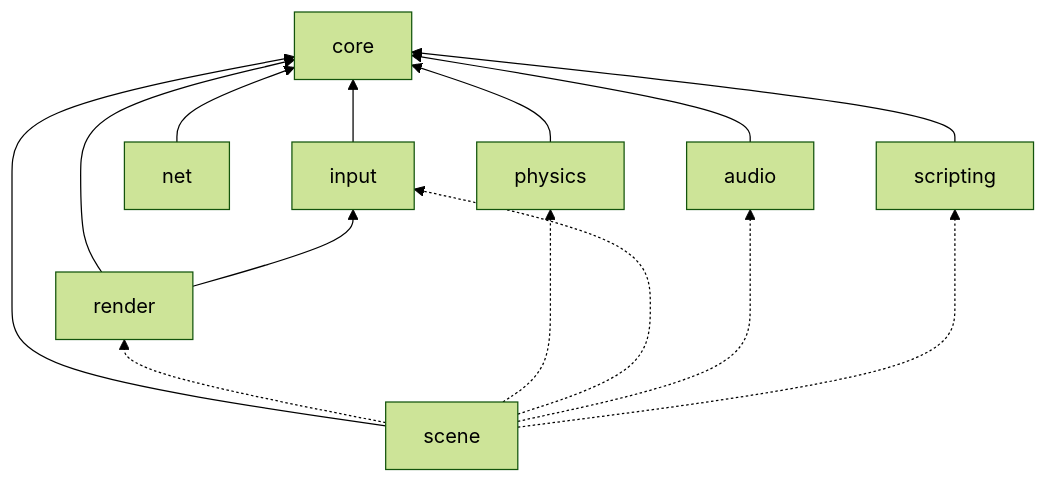
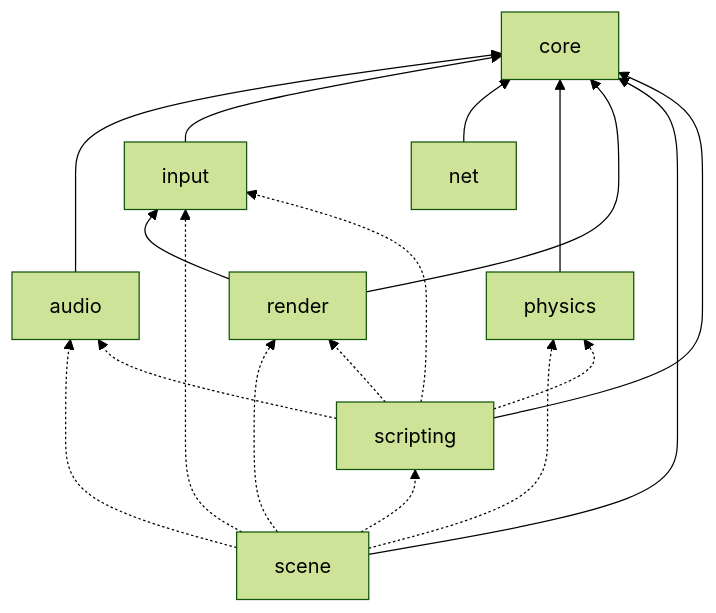
The diagram in docs/mkdocs/architecture/index.md (Boz0o0/Ampersand-Engine), drawn with Mermaid (forest theme) before and after one commit. The commit also changed other lines of this file and 12 other files, not shown here.

Commit message:
feat(engine-scripting): addition of physics, anim, audio and hierarchy binds for scripts

````diff
--- a/docs/mkdocs/architecture/index.md
+++ b/docs/mkdocs/architecture/index.md
@@ -31,16 +31,20 @@
 ```mermaid
 graph BT
     audio[audio] --> core[core]
     input[input] --> core
     net[net] --> core
     physics[physics] --> core
     render[render] --> core
     render --> input
     scene[scene] --> core
     scene -.-> render
     scene -.-> physics
     scene -.-> input
     scene -.-> audio
     scripting[scripting] --> core
+    scripting -.-> input
+    scripting -.-> physics
+    scripting -.-> render
+    scripting -.-> audio
     scene -.-> scripting
 ```
````
